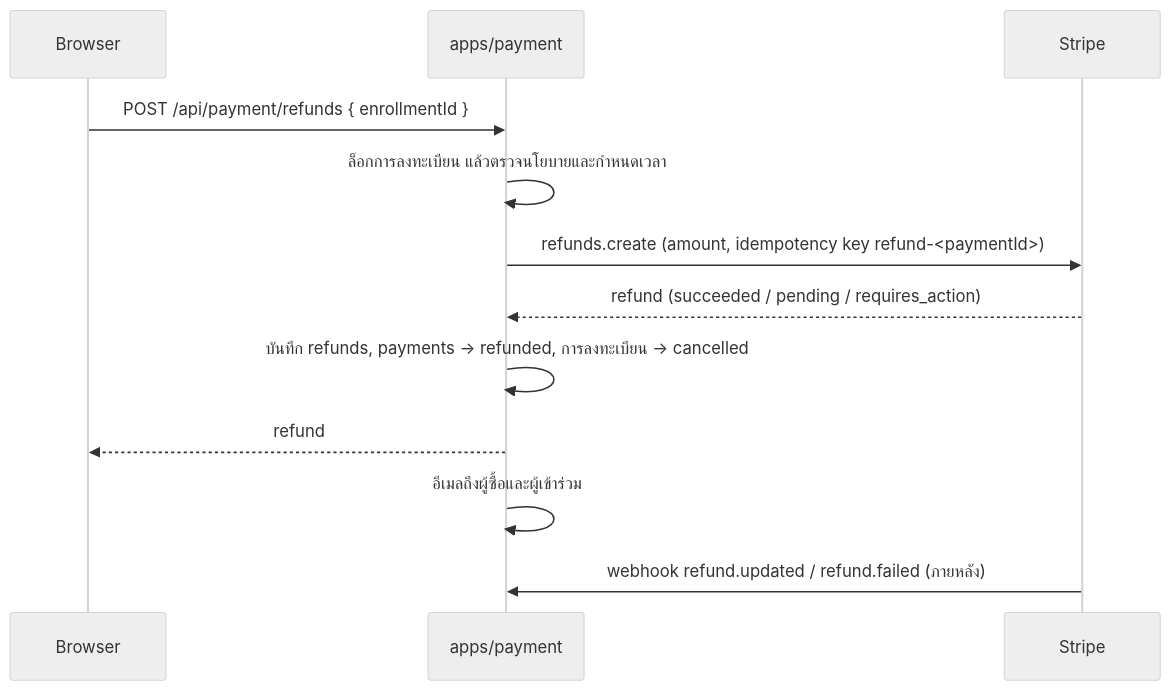
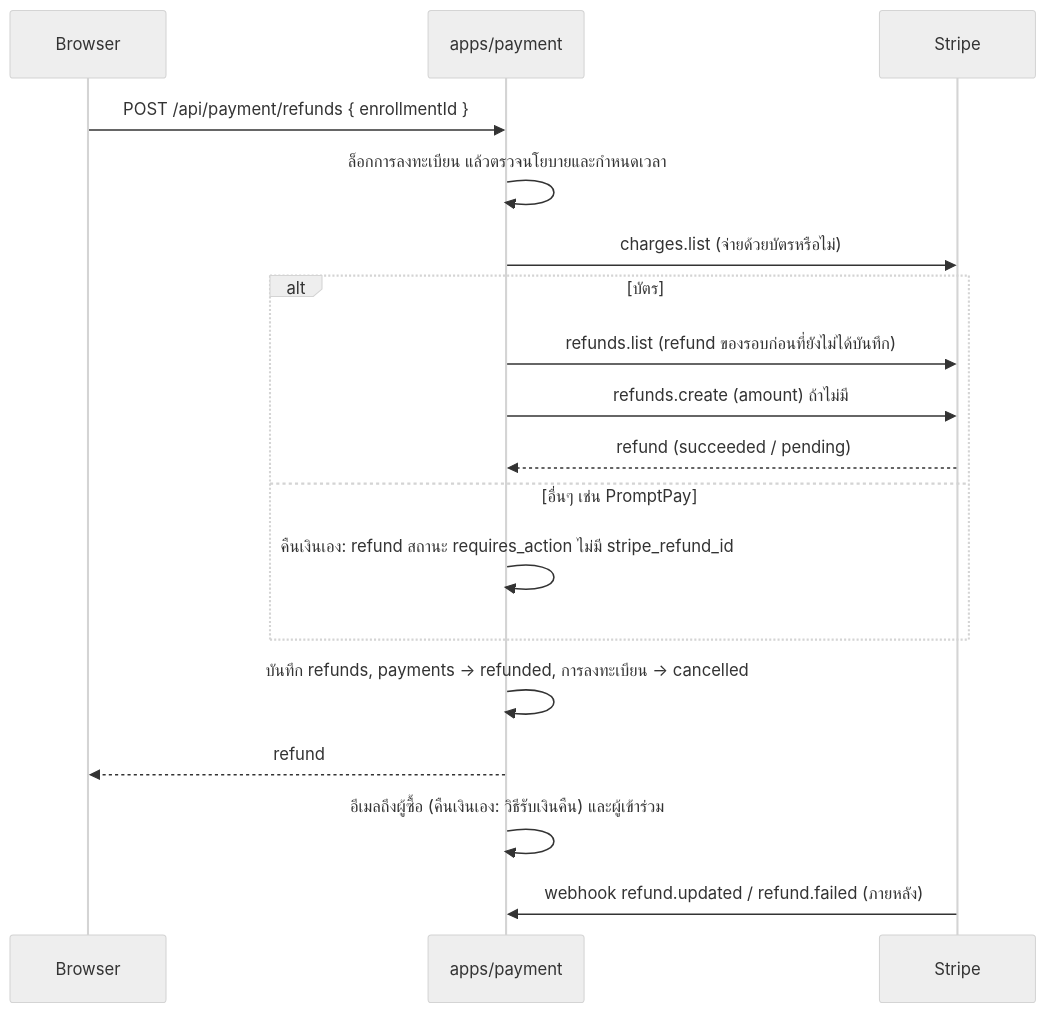
One commit to Phoz07/Cloud_Computing2026-Project changed the sixth of 6 diagrams in docs/tickets.md. Above: the diagram before and after it, drawn with Mermaid (neutral theme). The commit also changed other lines of this file and 21 other files, not shown here.

First line of the commit message:
feat : verify payments with Stripe, refund non-card payments by hand

````diff
--- a/docs/tickets.md
+++ b/docs/tickets.md
@@ -210,15 +211,21 @@
 ```mermaid
 sequenceDiagram
   participant B as Browser
   participant P as apps/payment
   participant S as Stripe
 
   B->>P: POST /api/payment/refunds { enrollmentId }
   P->>P: ล็อกการลงทะเบียน แล้วตรวจนโยบายและกำหนดเวลา
-  P->>S: refunds.create (amount, idempotency key refund-<paymentId>)
-  S-->>P: refund (succeeded / pending / requires_action)
+  P->>S: charges.list (จ่ายด้วยบัตรหรือไม่)
+  alt บัตร
+    P->>S: refunds.list (refund ของรอบก่อนที่ยังไม่ได้บันทึก)
+    P->>S: refunds.create (amount) ถ้าไม่มี
+    S-->>P: refund (succeeded / pending)
+  else อื่นๆ เช่น PromptPay
+    P->>P: คืนเงินเอง: refund สถานะ requires_action ไม่มี stripe_refund_id
+  end
   P->>P: บันทึก refunds, payments → refunded, การลงทะเบียน → cancelled
   P-->>B: refund
-  P->>P: อีเมลถึงผู้ซื้อและผู้เข้าร่วม
+  P->>P: อีเมลถึงผู้ซื้อ (คืนเงินเอง: วิธีรับเงินคืน) และผู้เข้าร่วม
   S->>P: webhook refund.updated / refund.failed (ภายหลัง)
 ```
````
